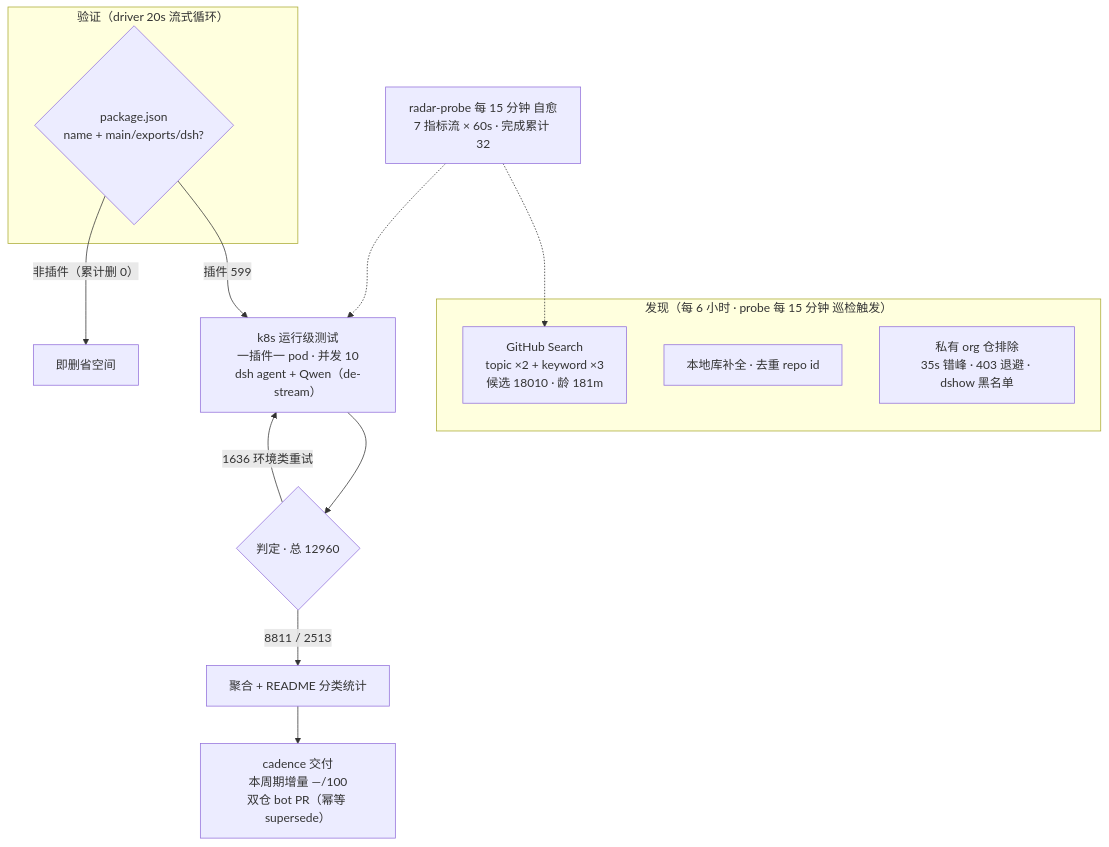
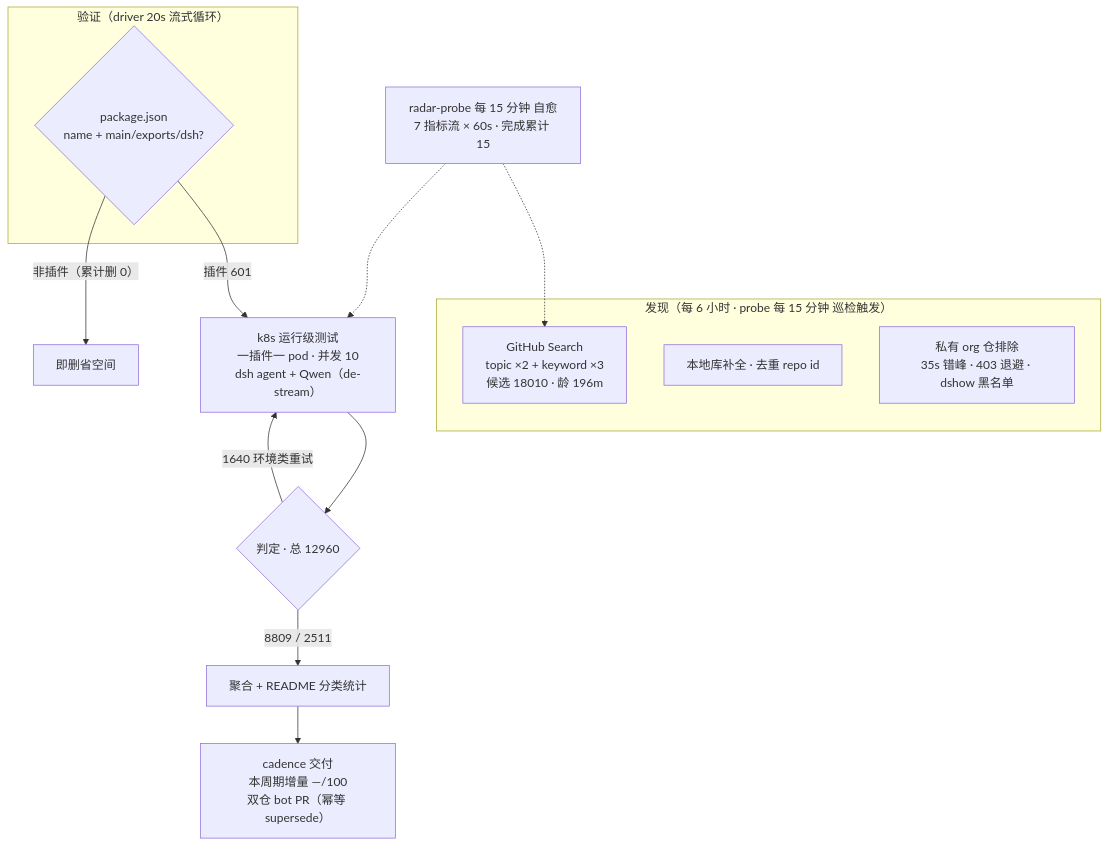
Before and after one commit to AdamPlatin123/awesome-dsh-plugins: the diagram in README.md, drawn with Mermaid. The commit also changed other lines of this file and 5 other files, not shown here.

````diff
--- a/README.md
+++ b/README.md
@@ -52,20 +52,20 @@
 ```mermaid
 flowchart TB
     subgraph Discovery["发现（每 6 小时 · probe 每 15 分钟 巡检触发）"]
-        A1["GitHub Search<br/>topic ×2 + keyword ×3<br/>候选 18010 · 龄 181m"]
+        A1["GitHub Search<br/>topic ×2 + keyword ×3<br/>候选 18010 · 龄 196m"]
         A2["本地库补全 · 去重 repo id"]
         A3["私有 org 仓排除<br/>35s 错峰 · 403 退避 · dshow 黑名单"]
     end
     subgraph Validation["验证（driver 20s 流式循环）"]
         B1{"package.json<br/>name + main/exports/dsh?"}
     end
-    B1 -->|"插件 599"| C1["k8s 运行级测试<br/>一插件一 pod · 并发 10<br/>dsh agent + Qwen（de-stream）"]
+    B1 -->|"插件 601"| C1["k8s 运行级测试<br/>一插件一 pod · 并发 10<br/>dsh agent + Qwen（de-stream）"]
     B1 -->|"非插件（累计删 0）"| B3["即删省空间"]
     C1 --> D1{"判定 · 总 12960"}
-    D1 -->|"8811 / 2513"| E1["聚合 + README 分类统计"]
-    D1 -->|"1636 环境类重试"| C1
+    D1 -->|"8809 / 2511"| E1["聚合 + README 分类统计"]
+    D1 -->|"1640 环境类重试"| C1
     E1 --> E2["cadence 交付<br/>本周期增量 —/100<br/>双仓 bot PR（幂等 supersede）"]
-    M["radar-probe 每 15 分钟 自愈<br/>7 指标流 × 60s · 完成累计 32"]
+    M["radar-probe 每 15 分钟 自愈<br/>7 指标流 × 60s · 完成累计 15"]
     M -.-> A1
     M -.-> C1
 ```
````
